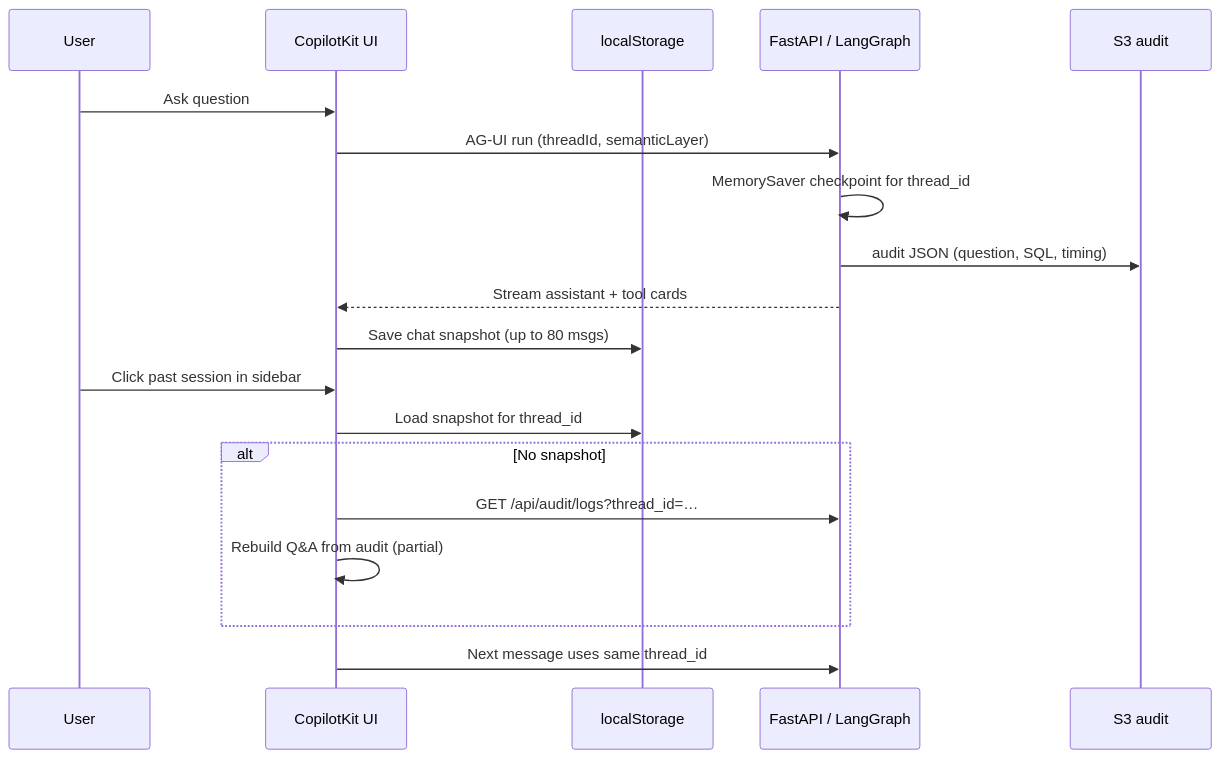
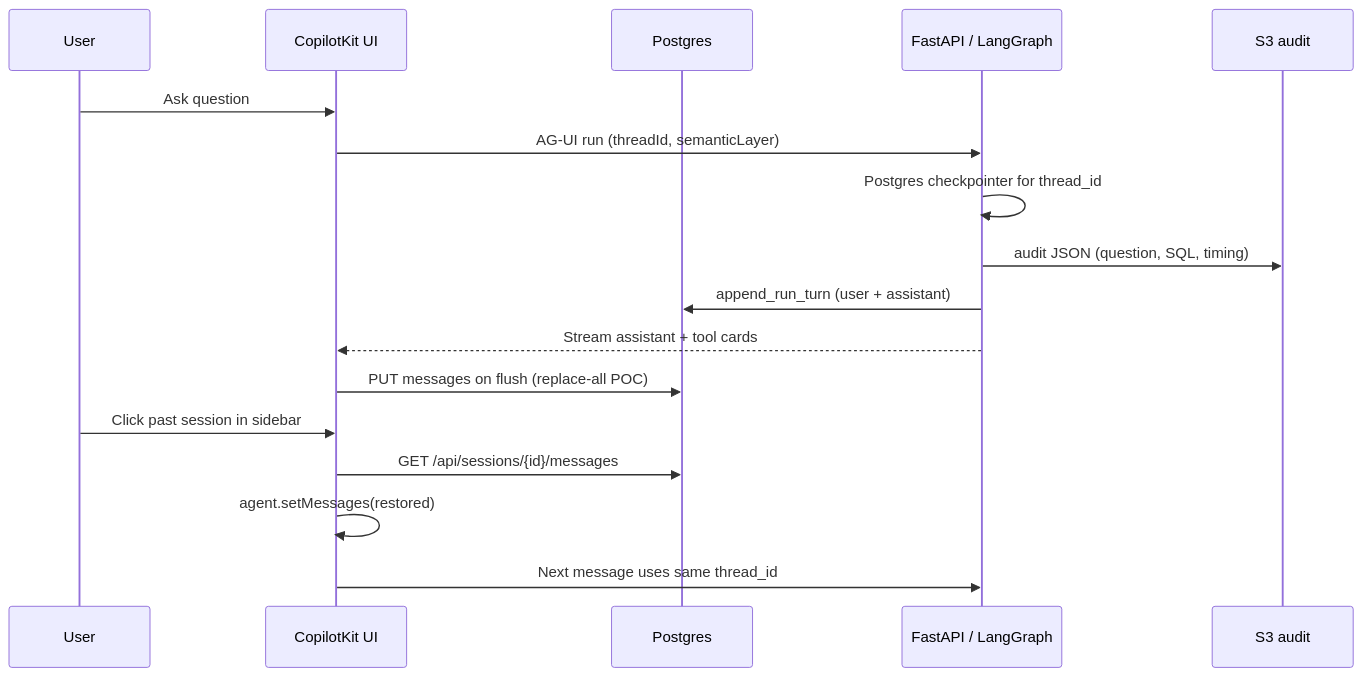
Before and after one commit to amber-siru-lin/ai-sql-poc: the diagram in docs/architecture/chat-memory-and-sessions.md, drawn with Mermaid. The commit also changed other lines of this file and 16 other files, not shown here.

First line of the commit message:
feat(sessions): Postgres-only chat UX and server-side append (3.6.3–3.6.3b)

````diff
--- a/docs/architecture/chat-memory-and-sessions.md
+++ b/docs/architecture/chat-memory-and-sessions.md
@@ -26,23 +26,21 @@
 ```mermaid
 sequenceDiagram
   participant User
   participant UI as CopilotKit UI
-  participant LS as localStorage
+  participant PG as Postgres
   participant API as FastAPI / LangGraph
   participant S3 as S3 audit
 
   User->>UI: Ask question
   UI->>API: AG-UI run (threadId, semanticLayer)
-  API->>API: MemorySaver checkpoint for thread_id
+  API->>API: Postgres checkpointer for thread_id
   API->>S3: audit JSON (question, SQL, timing)
+  API->>PG: append_run_turn (user + assistant)
   API-->>UI: Stream assistant + tool cards
-  UI->>LS: Save chat snapshot (up to 80 msgs)
+  UI->>PG: PUT messages on flush (replace-all POC)
 
   User->>UI: Click past session in sidebar
-  UI->>LS: Load snapshot for thread_id
-  alt No snapshot
-    UI->>API: GET /api/audit/logs?thread_id=…
-    UI->>UI: Rebuild Q&A from audit (partial)
-  end
+  UI->>PG: GET /api/sessions/{id}/messages
+  UI->>UI: agent.setMessages(restored)
   UI->>API: Next message uses same thread_id
 ```
````
